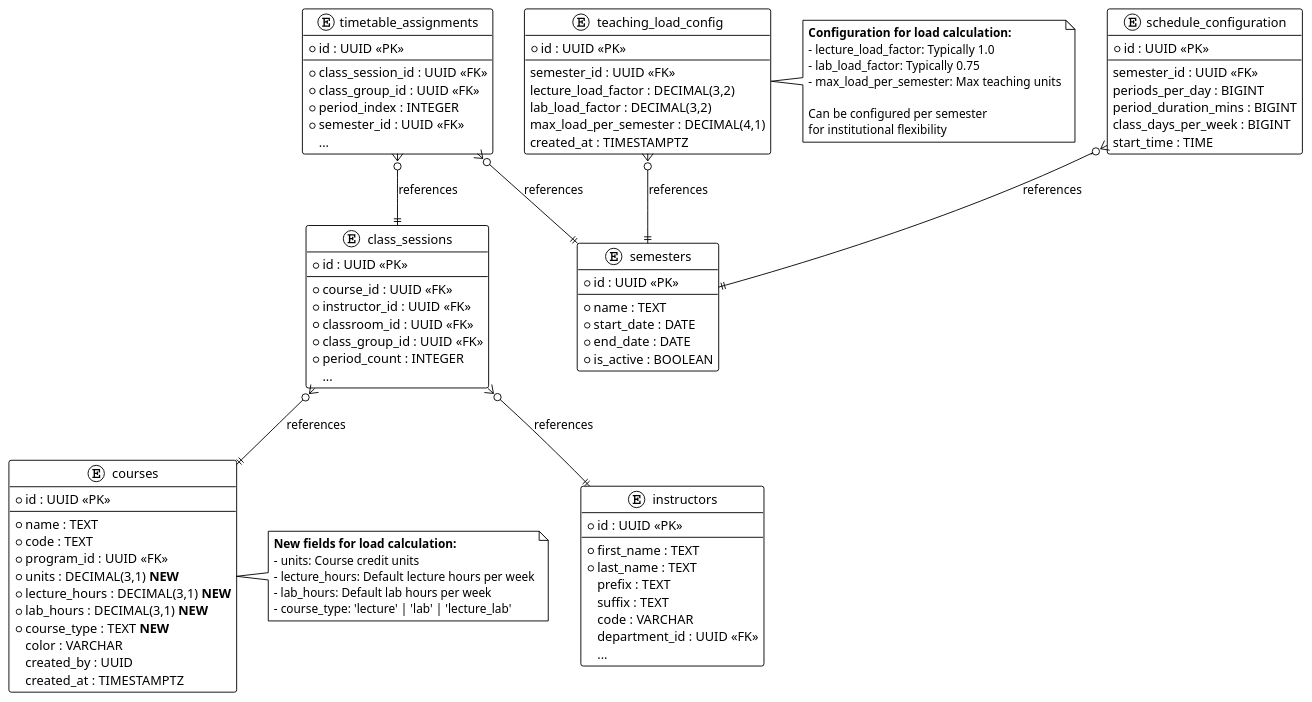
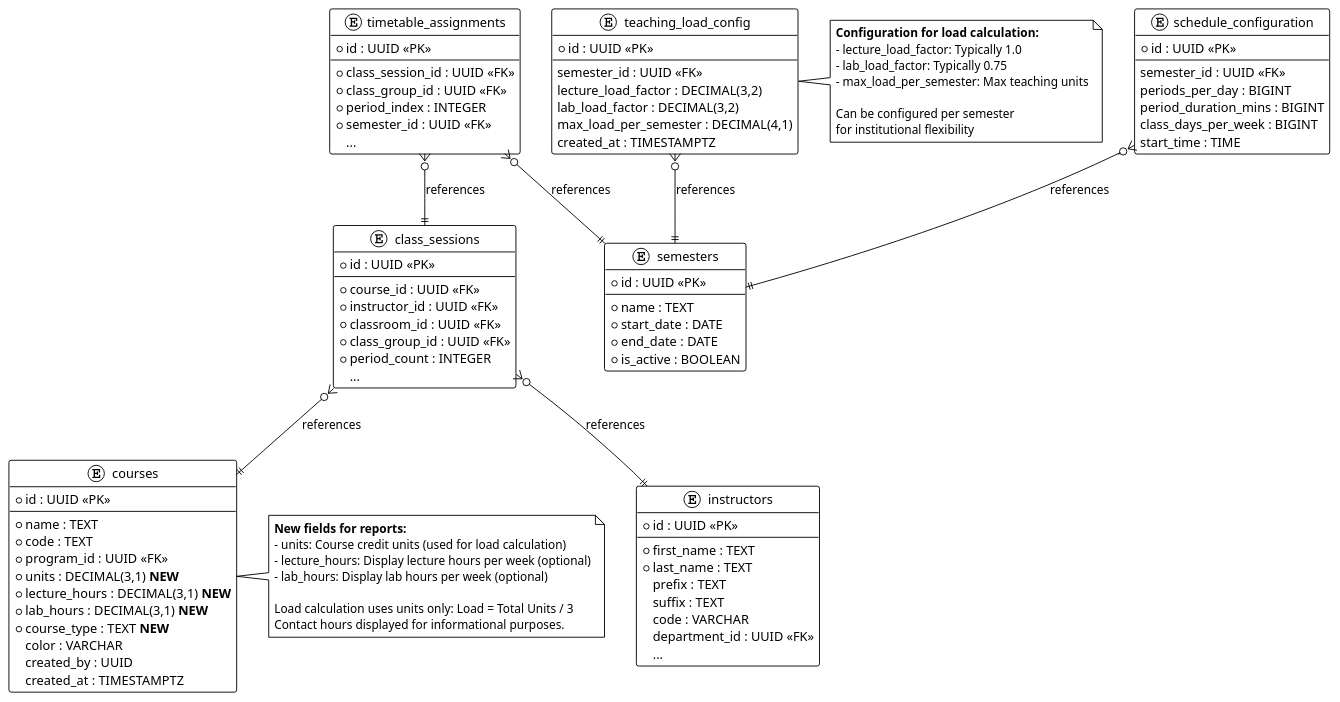
The seventh of 7 diagrams in docs/c4-diagrams/instructor-reports-system.puml (Wence024/ClassFlow), drawn with PlantUML before and after one commit. The commit also changed other lines of this file and 1 other file, not shown here.

Commit message:
feat: Adjust instructor load calculation

```diff
--- a/docs/c4-diagrams/instructor-reports-system.puml
+++ b/docs/c4-diagrams/instructor-reports-system.puml
@@ -323,106 +341,108 @@
 @startuml Data Model for Reports
 !theme plain
 
 entity "courses" as Courses {
     * id : UUID <<PK>>
     --
     * name : TEXT
     * code : TEXT
     * program_id : UUID <<FK>>
     + units : DECIMAL(3,1) **NEW**
     + lecture_hours : DECIMAL(3,1) **NEW**
     + lab_hours : DECIMAL(3,1) **NEW**
     + course_type : TEXT **NEW**
     color : VARCHAR
     created_by : UUID
     created_at : TIMESTAMPTZ
 }
 
 entity "teaching_load_config" as LoadConfig {
     * id : UUID <<PK>>
     --
     semester_id : UUID <<FK>>
     lecture_load_factor : DECIMAL(3,2)
     lab_load_factor : DECIMAL(3,2)
     max_load_per_semester : DECIMAL(4,1)
     created_at : TIMESTAMPTZ
 }
 
 entity "instructors" as Instructors {
     * id : UUID <<PK>>
     --
     * first_name : TEXT
     * last_name : TEXT
     prefix : TEXT
     suffix : TEXT
     code : VARCHAR
     department_id : UUID <<FK>>
     ...
 }
 
 entity "timetable_assignments" as Assignments {
     * id : UUID <<PK>>
     --
     * class_session_id : UUID <<FK>>
     * class_group_id : UUID <<FK>>
     * period_index : INTEGER
     * semester_id : UUID <<FK>>
     ...
 }
 
 entity "class_sessions" as Sessions {
     * id : UUID <<PK>>
     --
     * course_id : UUID <<FK>>
     * instructor_id : UUID <<FK>>
     * classroom_id : UUID <<FK>>
     * class_group_id : UUID <<FK>>
     * period_count : INTEGER
     ...
 }
 
 entity "semesters" as Semesters {
     * id : UUID <<PK>>
     --
     * name : TEXT
     * start_date : DATE
     * end_date : DATE
     * is_active : BOOLEAN
 }
 
 entity "schedule_configuration" as ScheduleConfig {
     * id : UUID <<PK>>
     --
     semester_id : UUID <<FK>>
     periods_per_day : BIGINT
     period_duration_mins : BIGINT
     class_days_per_week : BIGINT
     start_time : TIME
 }
 
 Sessions }o--|| Courses : references
 Sessions }o--|| Instructors : references
 Assignments }o--|| Sessions : references
 Assignments }o--|| Semesters : references
 LoadConfig }o--|| Semesters : references
 ScheduleConfig }o--|| Semesters : references
 
 note right of Courses
-    **New fields for load calculation:**
-    - units: Course credit units
-    - lecture_hours: Default lecture hours per week
-    - lab_hours: Default lab hours per week
-    - course_type: 'lecture' | 'lab' | 'lecture_lab'
+    **New fields for reports:**
+    - units: Course credit units (used for load calculation)
+    - lecture_hours: Display lecture hours per week (optional)
+    - lab_hours: Display lab hours per week (optional)
+    
+    Load calculation uses units only: Load = Total Units / 3
+    Contact hours displayed for informational purposes.
 end note
 
 note right of LoadConfig
     **Configuration for load calculation:**
     - lecture_load_factor: Typically 1.0
     - lab_load_factor: Typically 0.75
     - max_load_per_semester: Max teaching units
     
     Can be configured per semester
     for institutional flexibility
 end note
 
 @enduml
```
